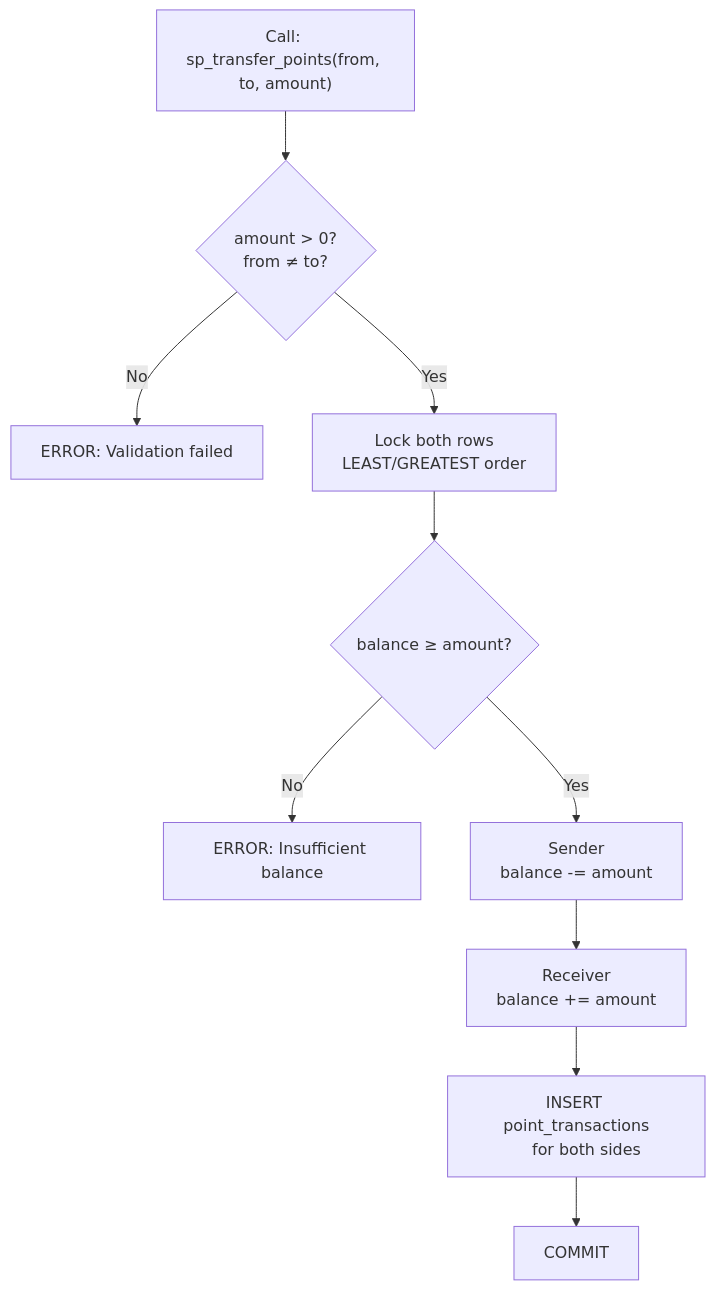
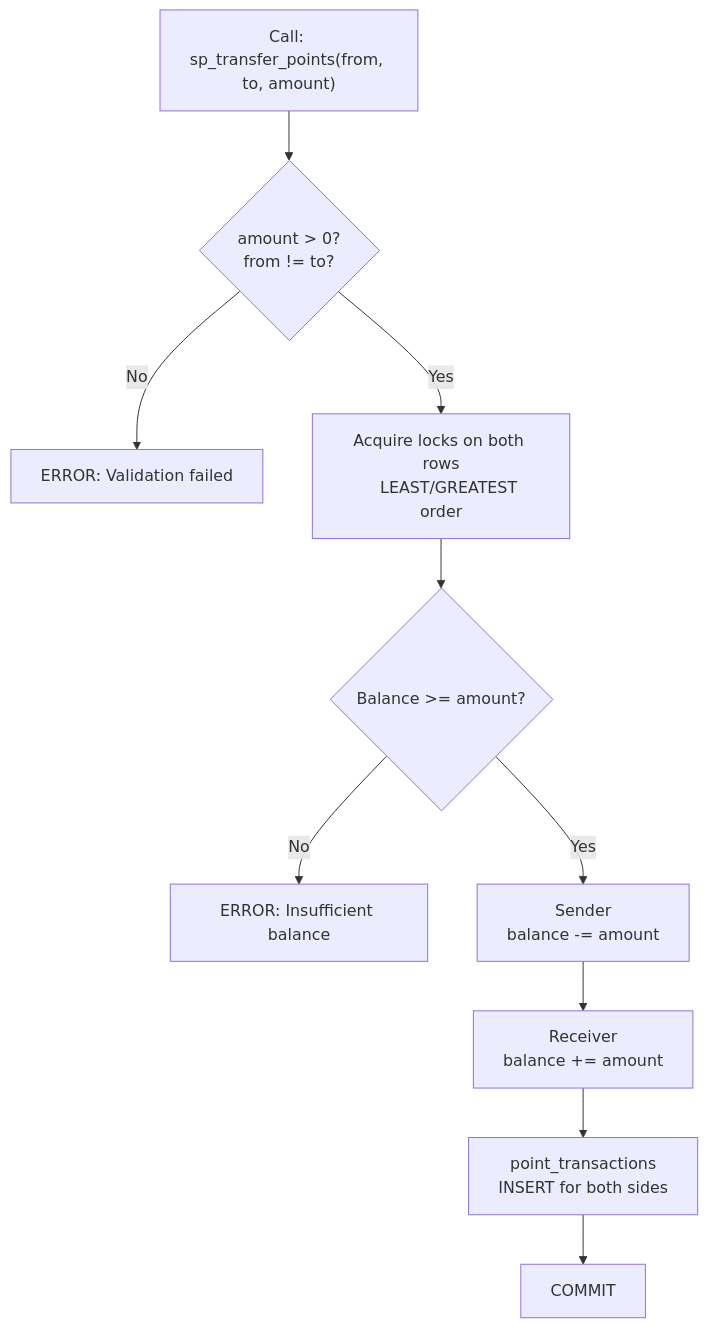
Diagram 12 of 15 in docs/en/schema/procedures.md (civilian7/sql-tutorial), drawn with Mermaid before and after one commit. The commit also changed other lines of this file and 121 other files, not shown here.

````diff
--- a/docs/en/schema/procedures.md
+++ b/docs/en/schema/procedures.md
@@ -1199,17 +1214,17 @@
 ```mermaid
 flowchart TD
     A["Call: sp_transfer_points(from, to, amount)"] --> B{"amount > 0?
-    from ≠ to?"}
+    from != to?"}
     B -- No --> C["ERROR: Validation failed"]
-    B -- Yes --> D["Lock both rows
+    B -- Yes --> D["Acquire locks on both rows
     LEAST/GREATEST order"]
-    D --> E{"balance ≥ amount?"}
+    D --> E{"Balance >= amount?"}
     E -- No --> F["ERROR: Insufficient balance"]
     E -- Yes --> G["Sender
     balance -= amount"]
     G --> H["Receiver
     balance += amount"]
-    H --> I["INSERT point_transactions
-    for both sides"]
+    H --> I["point_transactions
+    INSERT for both sides"]
     I --> J["COMMIT"]
 ```
````
